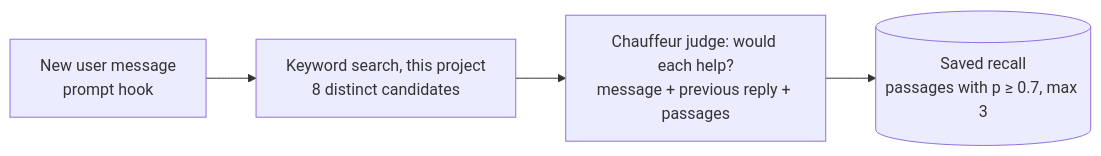
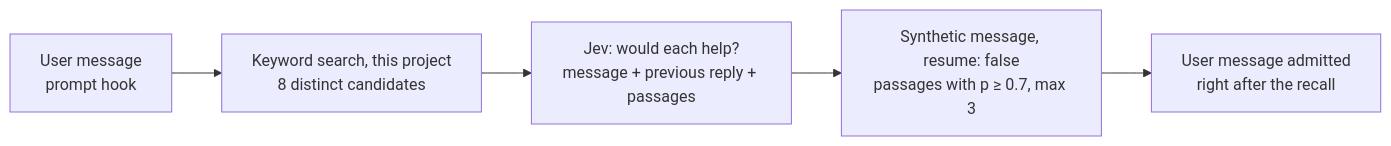
The diagram in PLAN.md (StevenJPx2/opencode-history), drawn with Mermaid before and after one commit. The commit also changed other lines of this file and 8 other files, not shown here.

First line of the commit message:
feat(history): recall earlier passages before each user message

````diff
--- a/PLAN.md
+++ b/PLAN.md
@@ -16,6 +14,7 @@
 ```mermaid
 flowchart LR
-    Msg["New user message<br/>prompt hook"] --> Search["Keyword search, this project<br/>8 distinct candidates"]
-    Search --> Judge["Chauffeur judge: would each help?<br/>message + previous reply + passages"]
-    Judge --> Store[("Saved recall<br/>passages with p ≥ 0.7, max 3")]
+    Msg["User message<br/>prompt hook"] --> Search["Keyword search, this project<br/>8 distinct candidates"]
+    Search --> Judge["Jev: would each help?<br/>message + previous reply + passages"]
+    Judge --> Send["Synthetic message, resume: false<br/>passages with p ≥ 0.7, max 3"]
+    Send --> Admit["User message admitted<br/>right after the recall"]
 ```
````
